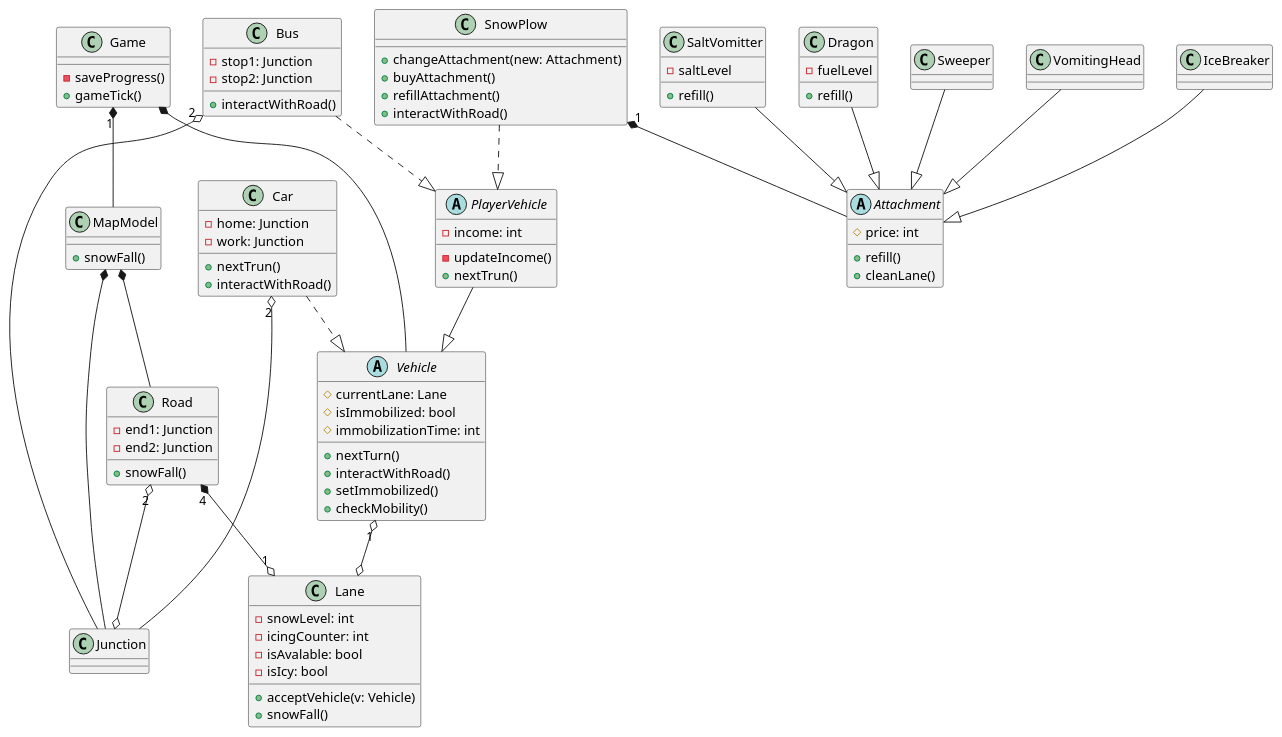
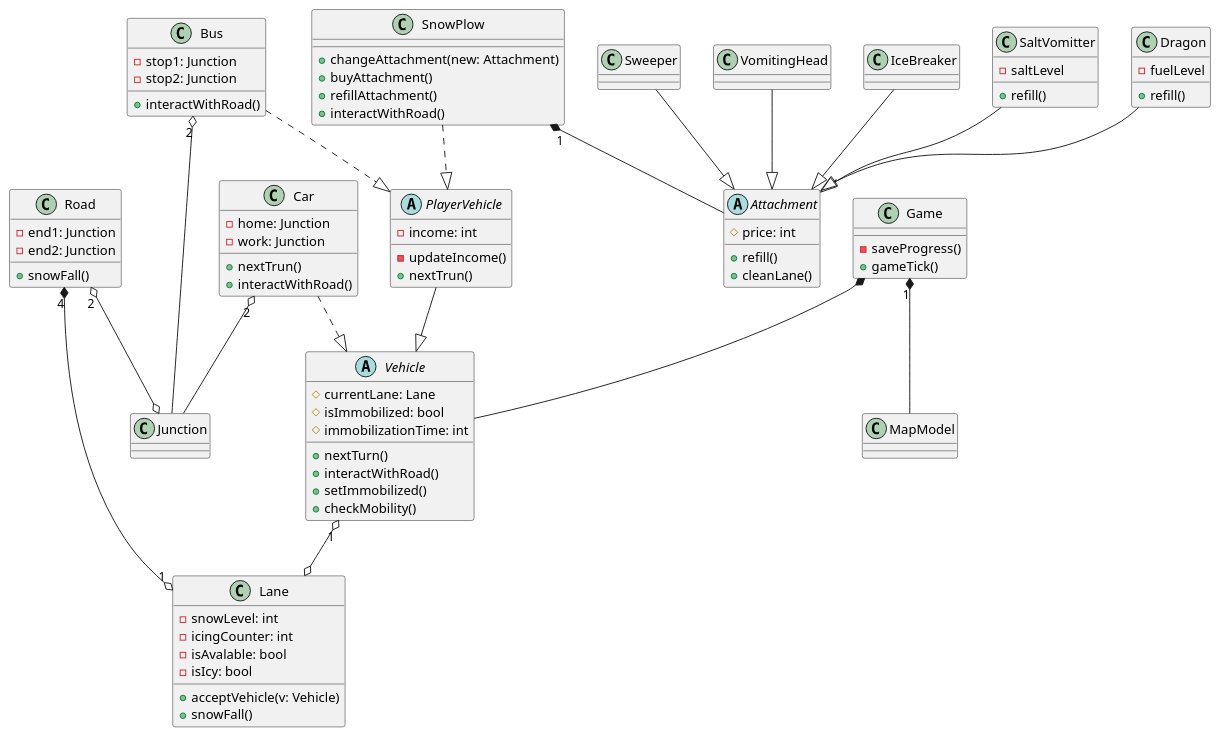
One commit to toth-andor/UneNotteANapoli changed the diagram in docs/04/diagrams/class-diagram.puml. Above: the diagram before and after it, drawn with PlantUML.

Commit message:
Remove MapModel from class diagram

```diff
--- a/docs/04/diagrams/class-diagram.puml
+++ b/docs/04/diagrams/class-diagram.puml
@@ -1,123 +1,116 @@
 @startuml class-diagram
 
 
 abstract Vehicle {
   # currentLane: Lane
   # isImmobilized: bool
   # immobilizationTime: int
 
   + nextTurn()
   + interactWithRoad()
   + setImmobilized()
   + checkMobility()
 }
 
 abstract PlayerVehicle {
     - income: int
     - updateIncome()
     + nextTrun()
 }
 
 class Bus {
   - stop1: Junction
   - stop2: Junction
   + interactWithRoad()
 }
 
 class SnowPlow {
   + changeAttachment(new: Attachment)
   + buyAttachment()
   + refillAttachment()
   + interactWithRoad()
 }
 
 class Car {
   - home: Junction
   - work: Junction
   + nextTrun()
   + interactWithRoad()
 }
 
 abstract Attachment {
   # price: int
 
   + refill()
   + cleanLane()
   
 }
 
 class Dragon {
   - fuelLevel
   + refill()
 }
 class Sweeper
 class VomitingHead
 class IceBreaker
 class SaltVomitter {
   - saltLevel
   + refill()
 }
 
 
 class Road {
   - end1: Junction
   - end2: Junction
   + snowFall()
 }
 
 class Lane {
   - snowLevel: int
   - icingCounter: int
   - isAvalable: bool
   - isIcy: bool
   + acceptVehicle(v: Vehicle)
   + snowFall()
   
 }
 
 class Junction
 
-class MapModel {
-  + snowFall()
-}
-
 class Game {
   - saveProgress()
   + gameTick()
 }
 
 
 Road "4"*--o "1" Lane 
 
 
 
 PlayerVehicle --|> Vehicle
 Bus ..|> PlayerVehicle 
 SnowPlow ..|> PlayerVehicle
 Car ..|> Vehicle
 
 Dragon --|> Attachment
 Sweeper --|> Attachment
 VomitingHead --|> Attachment
 IceBreaker --|> Attachment
 SaltVomitter --|> Attachment
 
 SnowPlow "1"*-- Attachment
 
 
 Road "2" o--o Junction
 
-MapModel *-- Road
-MapModel *-- Junction
-
 Game "1"*-- MapModel
 Game *-- Vehicle
 
 Vehicle "1" o--o Lane
 
 Bus "2" o-- Junction
 Car "2" o-- Junction
 
 
 
 @enduml
```
